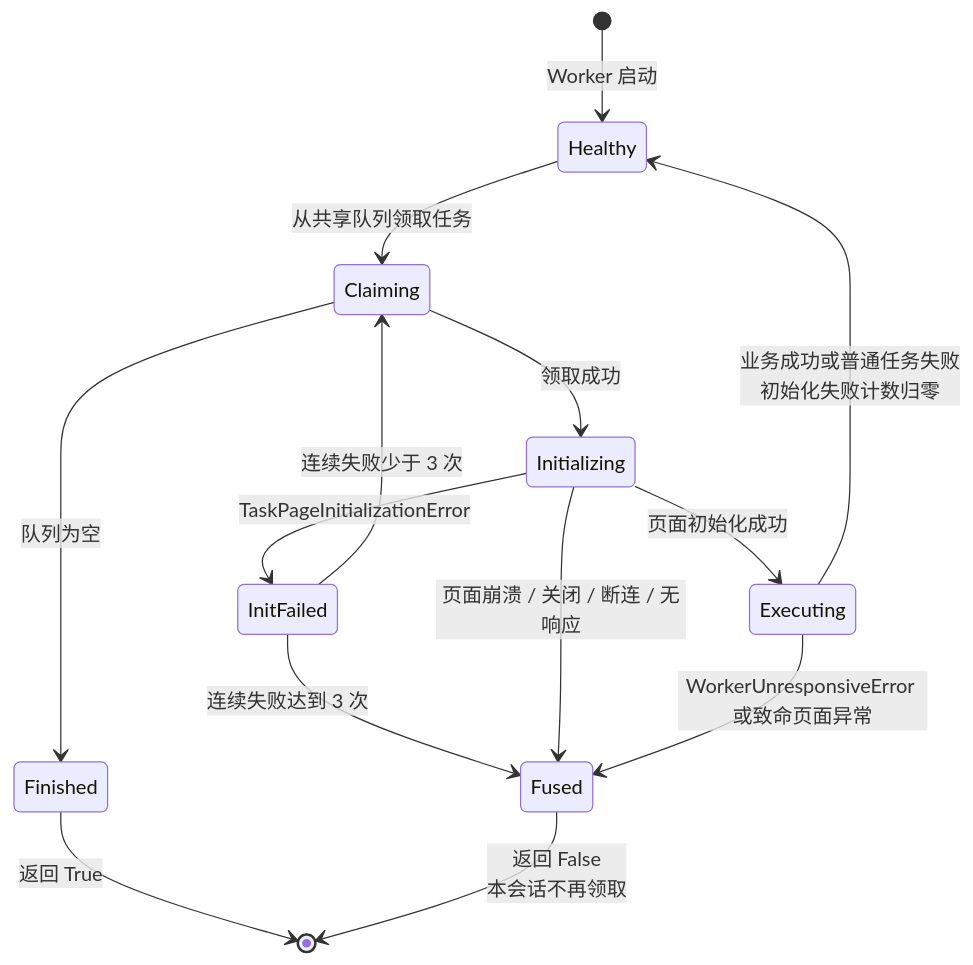
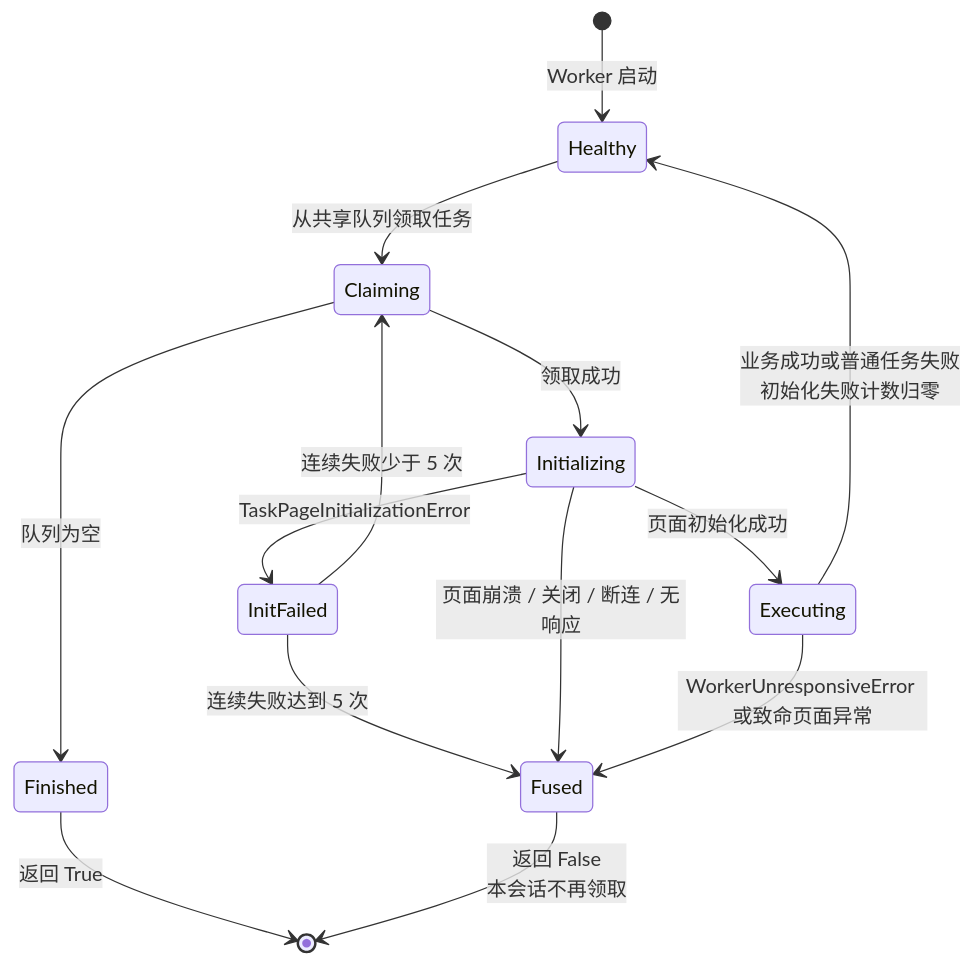
Before and after one commit to liao084/BitBrowser-Backfill-Engine: the seventh of 15 diagrams in ARCHITECTURE.md, drawn with Mermaid. The commit also changed other lines of this file and 8 other files, not shown here.

Commit message:
docs: refresh architecture and split env templates

````diff
--- a/ARCHITECTURE.md
+++ b/ARCHITECTURE.md
@@ -276,16 +279,16 @@
 ```mermaid
 stateDiagram-v2
     [*] --> Healthy: Worker 启动
     Healthy --> Claiming: 从共享队列领取任务
     Claiming --> Finished: 队列为空
     Claiming --> Initializing: 领取成功
     Initializing --> Executing: 页面初始化成功
     Executing --> Healthy: 业务成功或普通任务失败<br/>初始化失败计数归零
     Initializing --> InitFailed: TaskPageInitializationError
-    InitFailed --> Claiming: 连续失败少于 3 次
-    InitFailed --> Fused: 连续失败达到 3 次
+    InitFailed --> Claiming: 连续失败少于 5 次
+    InitFailed --> Fused: 连续失败达到 5 次
     Initializing --> Fused: 页面崩溃 / 关闭 / 断连 / 无响应
     Executing --> Fused: WorkerUnresponsiveError 或致命页面异常
     Finished --> [*]: 返回 True
     Fused --> [*]: 返回 False<br/>本会话不再领取
 ```
````
